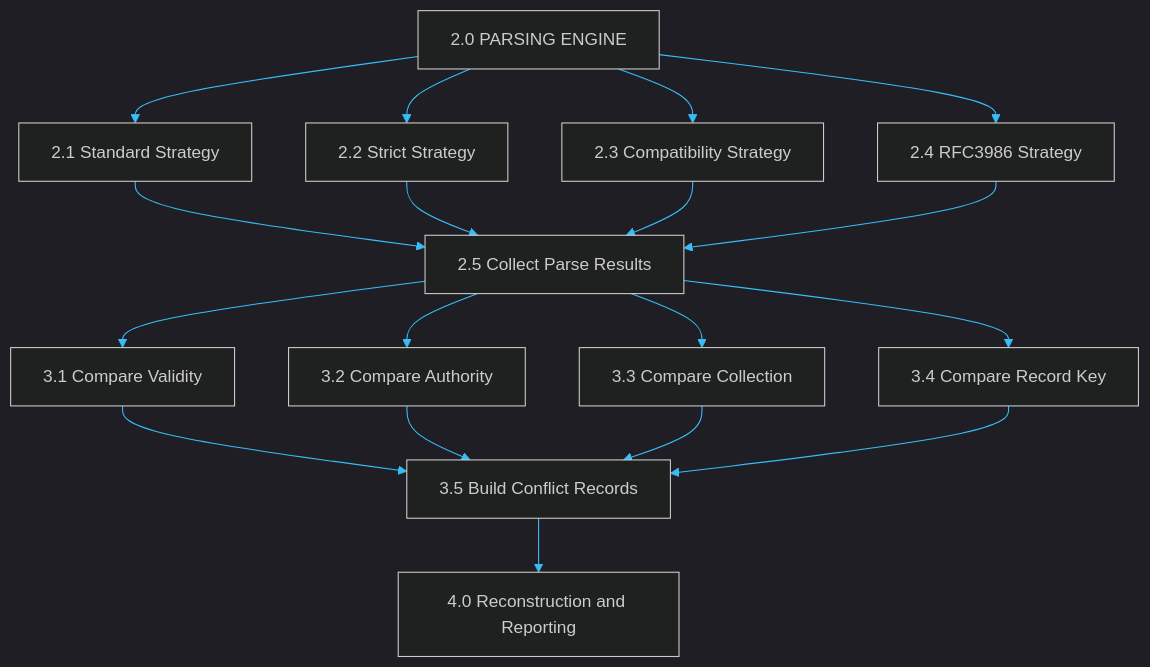
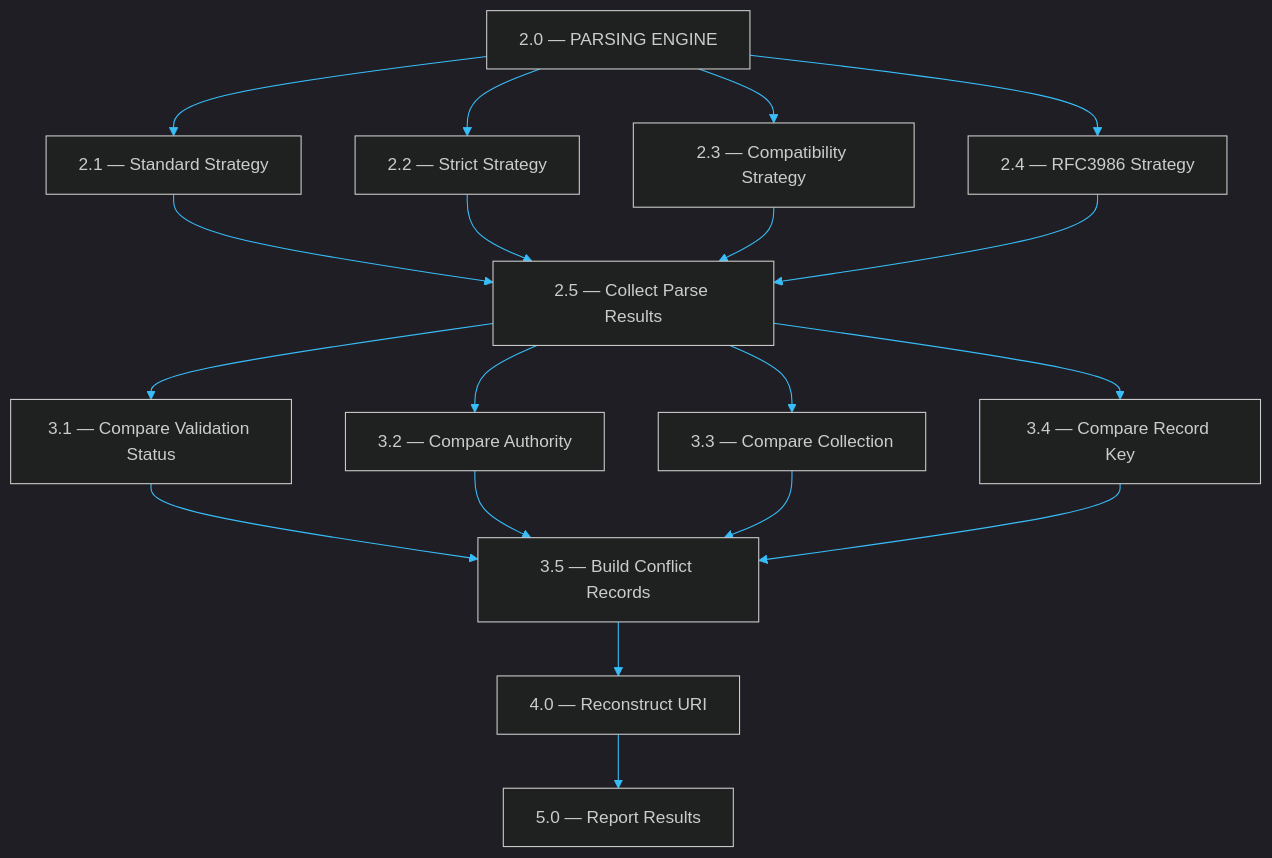
Before and after one commit to aiori-hackathon/A3-PS026-TC073: the eighth of 15 diagrams in README.md, drawn with Mermaid. The commit also changed other lines of this file, not shown here.

````diff
--- a/README.md
+++ b/README.md
@@ -1108,26 +1099,28 @@
 ```mermaid
 %%{init: {'theme':'dark','themeVariables': {'darkMode': true,'background':'#07111F','primaryColor':'#102A43','primaryTextColor':'#E6F6FF','primaryBorderColor':'#22D3EE','lineColor':'#38BDF8','secondaryColor':'#0B2238','tertiaryColor':'#123B63','fontFamily':'ui-monospace, SFMono-Regular, Consolas, monospace'}}}%%
 flowchart TB
-    A["2.0 PARSING ENGINE"]
-    A --> B["2.1 Standard Strategy"]
-    A --> C["2.2 Strict Strategy"]
-    A --> D["2.3 Compatibility Strategy"]
-    A --> E["2.4 RFC3986 Strategy"]
+    A["2.0 — PARSING ENGINE"]
+    A --> B["2.1 — Standard Strategy"]
+    A --> C["2.2 — Strict Strategy"]
+    A --> D["2.3 — Compatibility Strategy"]
+    A --> E["2.4 — RFC3986 Strategy"]
 
-    B --> F["2.5 Collect Parse Results"]
+    B --> F["2.5 — Collect Parse Results"]
     C --> F
     D --> F
     E --> F
 
-    F --> G["3.1 Compare Validity"]
-    F --> H["3.2 Compare Authority"]
-    F --> I["3.3 Compare Collection"]
-    F --> J["3.4 Compare Record Key"]
+    F --> G["3.1 — Compare Validation Status"]
+    F --> H["3.2 — Compare Authority"]
+    F --> I["3.3 — Compare Collection"]
+    F --> J["3.4 — Compare Record Key"]
 
-    G --> K["3.5 Build Conflict Records"]
+    G --> K["3.5 — Build Conflict Records"]
     H --> K
     I --> K
     J --> K
 
-    K --> L["4.0 Reconstruction and Reporting"]
+    K --> L["4.0 — Reconstruct URI"]
+    L --> M["5.0 — Report Results"]
+
 ```
````
